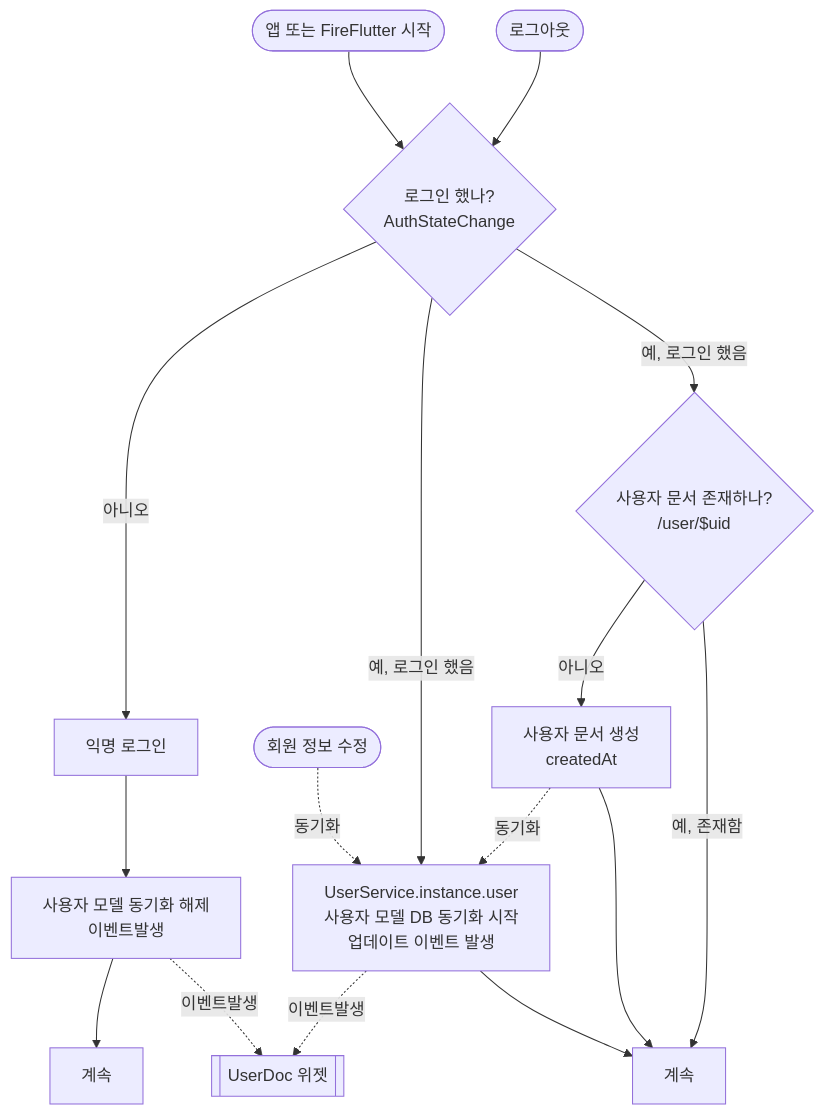
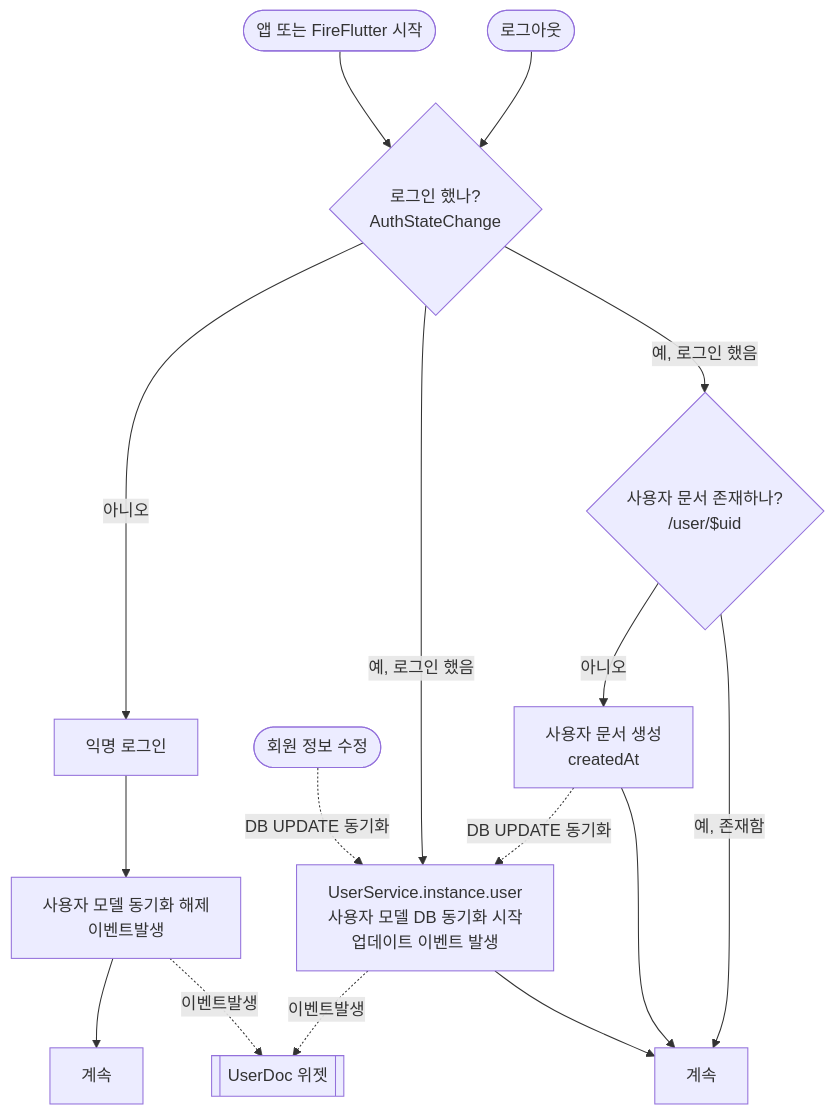
One commit to thruthesky/fireflutter changed the third of 3 diagrams in README.md. Above: the diagram before and after it, drawn with Mermaid.

````diff
--- a/README.md
+++ b/README.md
@@ -129,18 +129,18 @@
 ```mermaid
 flowchart TB;
 Start([앱 또는 FireFlutter 시작]) --> AuthStateChange{로그인 했나?\nAuthStateChange}
 AuthStateChange -->|아니오| SignInAnonymous[익명 로그인]
 SignInAnonymous -->UnobserveUserDoc[사용자 모델 동기화 해제\n이벤트발생]
 UnobserveUserDoc --> Continue2[계속]
 UnobserveUserDoc -.-> |이벤트발생| UserDoc
-UserUpdate([회원 정보 수정]) -.-> |동기화| ObserveUserDoc
+UserUpdate([회원 정보 수정]) -.-> |DB UPDATE 동기화| ObserveUserDoc
 AuthStateChange -->|예, 로그인 했음| ObserveUserDoc
 AuthStateChange -->|예, 로그인 했음| CheckUserDoc{사용자 문서 존재하나?\n/user/$uid}
 CheckUserDoc -->|아니오| CreateUserDoc[사용자 문서 생성\ncreatedAt]
 ObserveUserDoc -.-> |이벤트발생| UserDoc[[UserDoc 위젯]]
-CreateUserDoc -.-> |동기화| ObserveUserDoc
+CreateUserDoc -.-> |DB UPDATE 동기화| ObserveUserDoc
 Logout([로그아웃]) --> AuthStateChange
 CheckUserDoc -->|예, 존재함| Continue[계속]
 CreateUserDoc --> Continue
 ObserveUserDoc[UserService.instance.user\n사용자 모델 DB 동기화 시작\n업데이트 이벤트 발생] --> Continue
 ```
````
